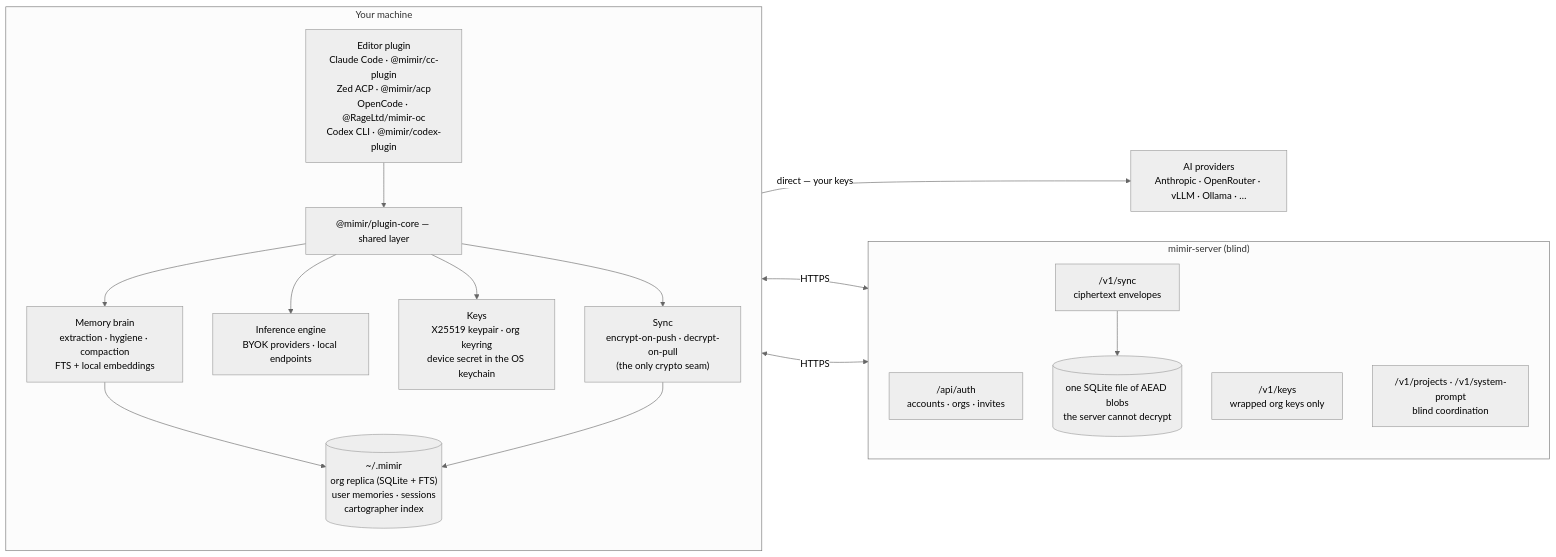
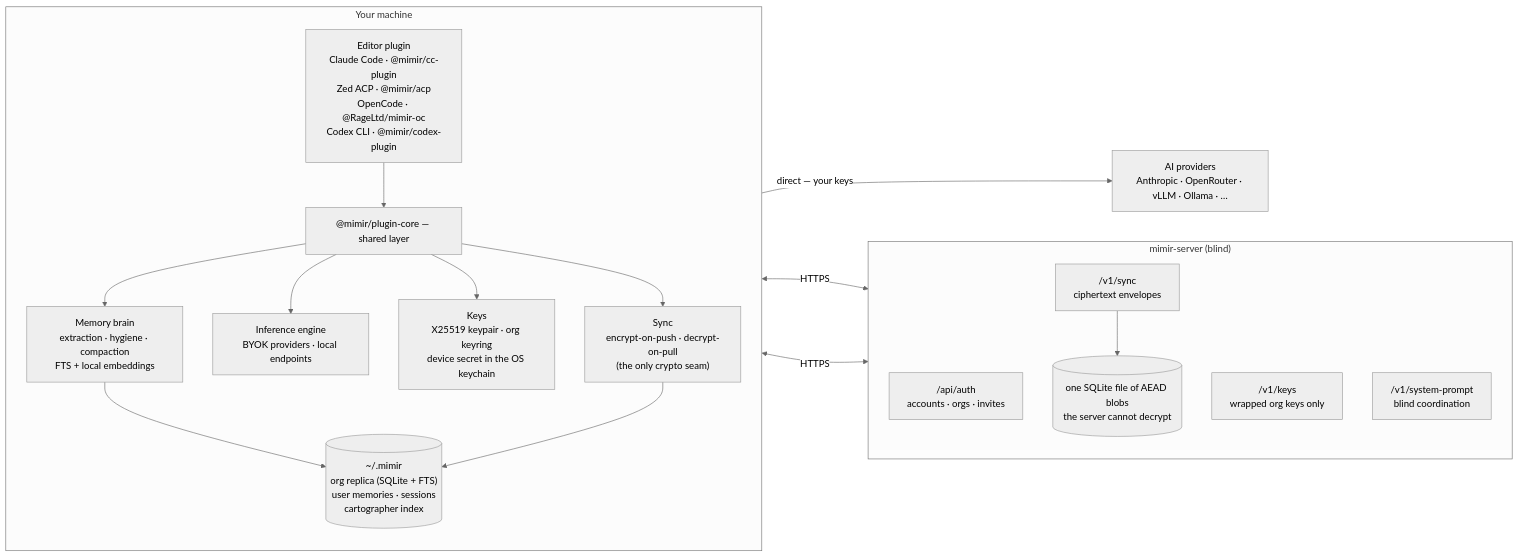
Before and after one commit to RageLtd/mimir: the diagram in README.md, drawn with Mermaid (neutral theme). The commit also changed other lines of this file and 75 other files, not shown here.

````diff
--- a/README.md
+++ b/README.md
@@ -10,36 +10,36 @@
 ```mermaid
 flowchart LR
   subgraph machine["Your machine"]
     direction TB
     plugins["Editor plugin<br/>Claude Code · @mimir/cc-plugin<br/>Zed ACP · @mimir/acp<br/>OpenCode · @RageLtd/mimir-oc<br/>Codex CLI · @mimir/codex-plugin"]
     core["@mimir/plugin-core — shared layer"]
     brain["Memory brain<br/>extraction · hygiene · compaction<br/>FTS + local embeddings"]
     engine["Inference engine<br/>BYOK providers · local endpoints"]
     keys["Keys<br/>X25519 keypair · org keyring<br/>device secret in the OS keychain"]
     syncmod["Sync<br/>encrypt-on-push · decrypt-on-pull<br/>(the only crypto seam)"]
     localstate[("~/.mimir<br/>org replica (SQLite + FTS)<br/>user memories · sessions<br/>cartographer index")]
     plugins --> core
     core --> brain
     core --> engine
     core --> keys
     core --> syncmod
     brain --> localstate
     syncmod --> localstate
   end
 
   subgraph server["mimir-server (blind)"]
     direction TB
     auth["/api/auth<br/>accounts · orgs · invites"]
     keyroutes["/v1/keys<br/>wrapped org keys only"]
     syncroutes["/v1/sync<br/>ciphertext envelopes"]
-    coord["/v1/projects · /v1/system-prompt<br/>blind coordination"]
+    coord["/v1/system-prompt<br/>blind coordination"]
     tenantdb[("one SQLite file of AEAD blobs<br/>the server cannot decrypt")]
     syncroutes --> tenantdb
   end
 
   providers["AI providers<br/>Anthropic · OpenRouter · vLLM · Ollama · …"]
 
   engine -->|"direct — your keys"| providers
   keys <-->|HTTPS| keyroutes
   syncmod <-->|HTTPS| syncroutes
 ```
````
